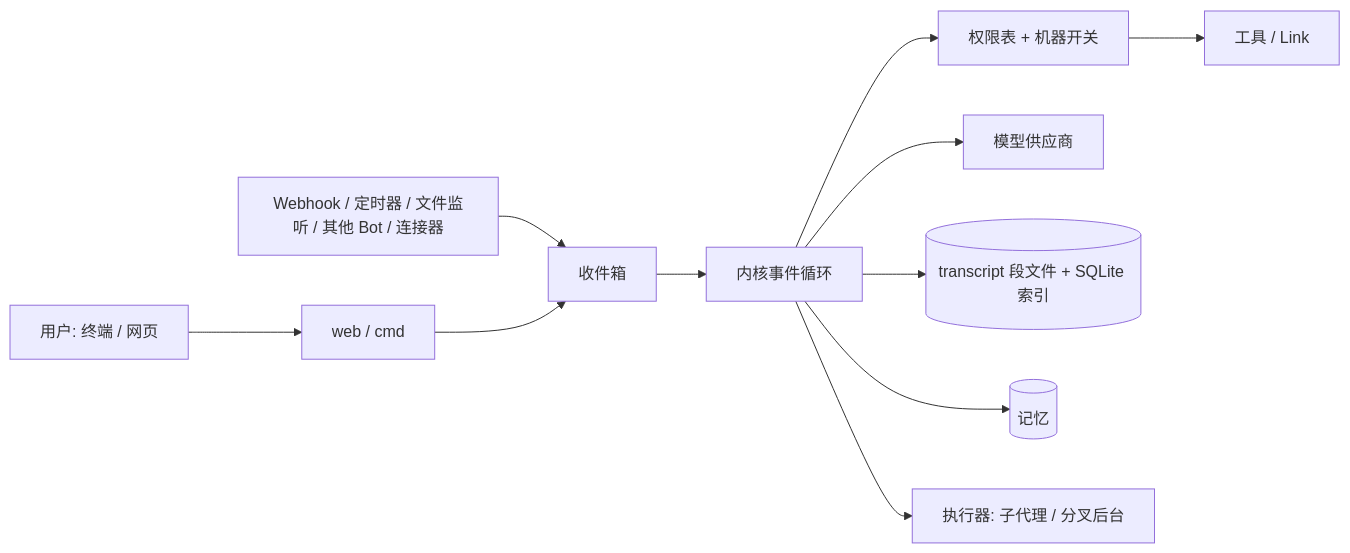
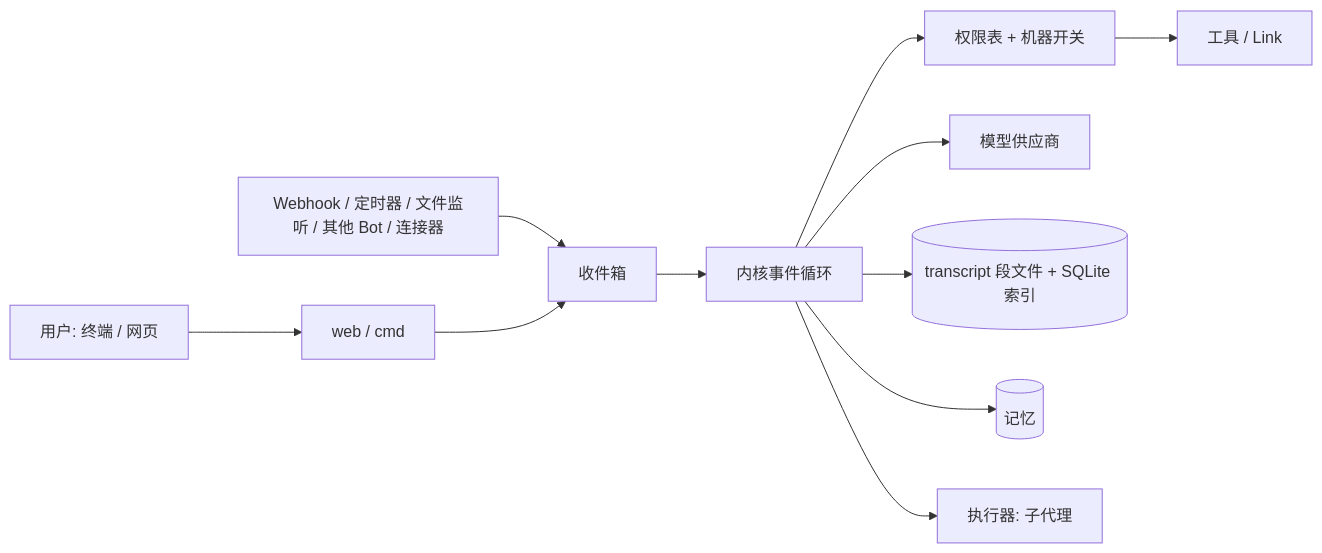
The diagram in docs/atlas/README.md (liu-zhengdong/xbot), drawn with Mermaid before and after one commit. The commit also changed other lines of this file and 128 other files, not shown here.

````diff
--- a/docs/atlas/README.md
+++ b/docs/atlas/README.md
@@ -73,13 +73,13 @@
 ```mermaid
 flowchart LR
   Owner[用户: 终端 / 网页] --> Web[web / cmd]
   Ext[Webhook / 定时器 / 文件监听 / 其他 Bot / 连接器] --> Inbox[收件箱]
   Web --> Inbox
   Inbox --> Kernel[内核事件循环]
   Kernel --> Review[权限表 + 机器开关]
   Review --> Tools[工具 / Link]
   Kernel --> Provider[模型供应商]
   Kernel --> Store[(transcript 段文件 + SQLite 索引)]
   Kernel --> Mem[(记忆)]
-  Kernel --> Exec[执行器: 子代理 / 分叉后台]
+  Kernel --> Exec[执行器: 子代理]
 ```
````
